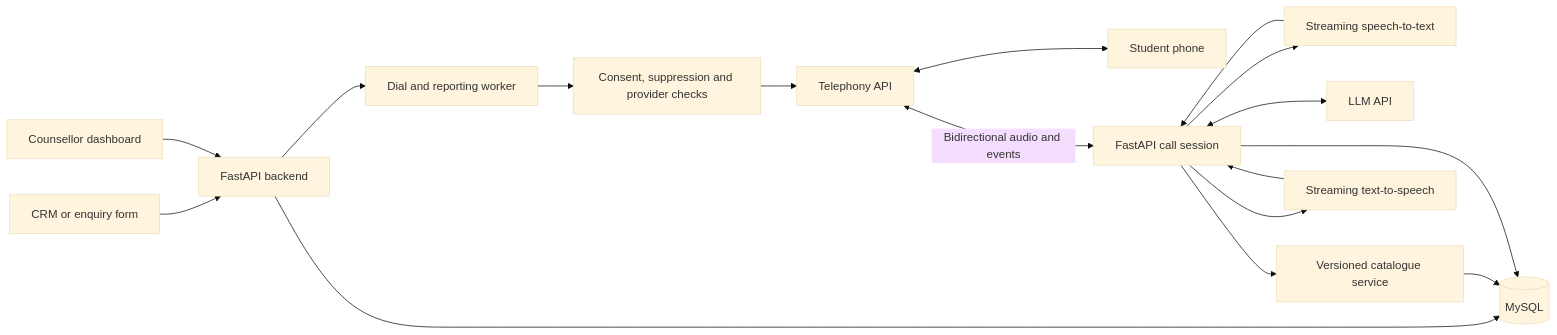
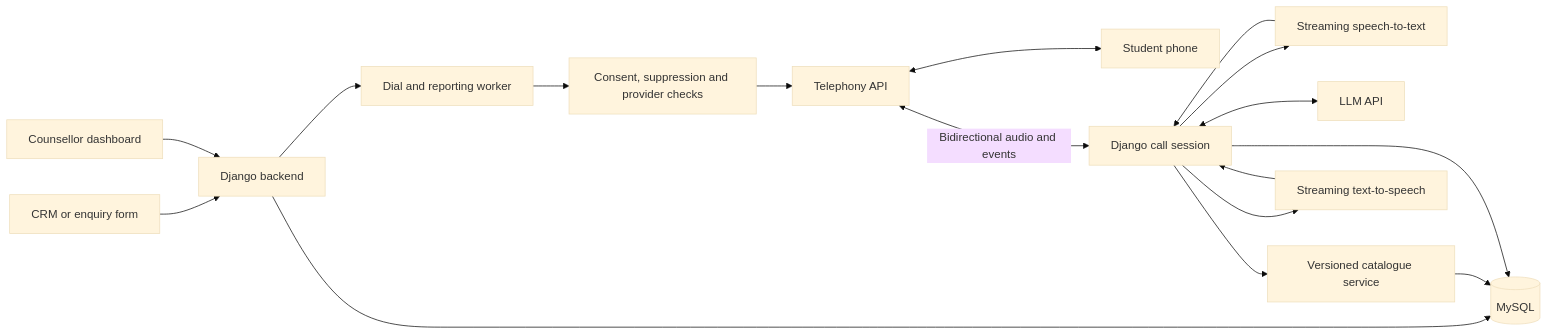
Before and after one commit to soniaj-ui/chatbot: the second of 2 diagrams in PROJECT_SUBMISSION.md, drawn with Mermaid (base theme). The commit also changed other lines of this file and 19 other files, not shown here.

````diff
--- a/PROJECT_SUBMISSION.md
+++ b/PROJECT_SUBMISSION.md
@@ -230,19 +230,19 @@
 ```mermaid
 flowchart LR
-    CRM[CRM or enquiry form] --> API[FastAPI backend]
+    CRM[CRM or enquiry form] --> API[Django backend]
     API --> DB[(MySQL)]
     API --> Worker[Dial and reporting worker]
     Worker --> Gate[Consent, suppression and provider checks]
     Gate --> Tel[Telephony API]
     Tel <--> Student[Student phone]
-    Tel <-->|Bidirectional audio and events| Voice[FastAPI call session]
+    Tel <-->|Bidirectional audio and events| Voice[Django call session]
     Voice --> STT[Streaming speech-to-text]
     STT --> Voice
     Voice <--> LLM[LLM API]
     Voice --> Cat[Versioned catalogue service]
     Cat --> DB
     Voice --> TTS[Streaming text-to-speech]
     TTS --> Voice
     Voice --> DB
     Dashboard[Counsellor dashboard] --> API
 ```
````
